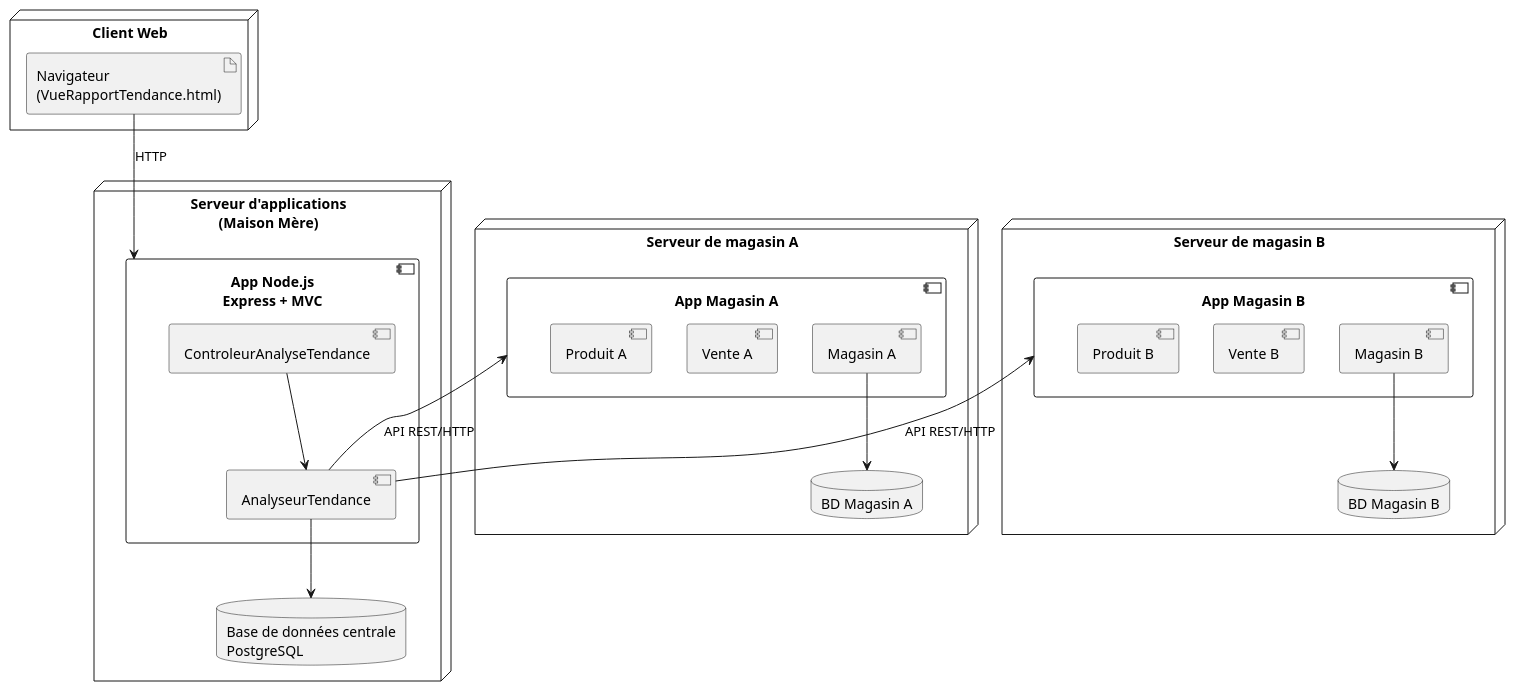
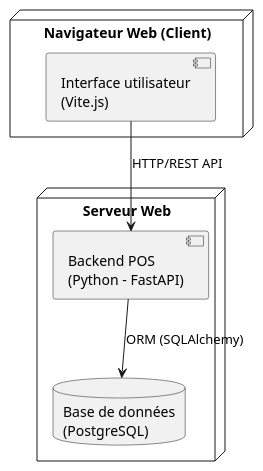
One commit to eusebe13/labo2_Log430 changed the diagram in docs/uml/code/diagramme-de-deployment.puml. Above: the diagram before and after it, drawn with PlantUML. The commit also changed 27 other files, not shown here.

```diff
--- a/docs/uml/code/diagramme-de-deployment.puml
+++ b/docs/uml/code/diagramme-de-deployment.puml
@@ -1,47 +1,15 @@
-@startuml
+@startuml deployment-pos
 
-node "Client Web" {
-    artifact "Navigateur\n(VueRapportTendance.html)"
+node "Navigateur Web (Client)" {
+  component "Interface utilisateur\n(Vite.js)"
 }
 
-node "Serveur d'applications\n(Maison Mère)" {
-    component "App Node.js\nExpress + MVC" {
-        [ControleurAnalyseTendance]
-        [AnalyseurTendance]
-    }
-
-    database "Base de données centrale\nPostgreSQL" as BDC
+node "Serveur Web" {
+  component "Backend POS\n(Python - FastAPI)"
+  database "Base de données\n(PostgreSQL)" as DB
 }
 
-node "Serveur de magasin A" {
-    component "App Magasin A" {
-        [Magasin A]
-        [Vente A]
-        [Produit A]
-    }
-
-    database "BD Magasin A" as BDA
-}
-
-node "Serveur de magasin B" {
-    component "App Magasin B" {
-        [Magasin B]
-        [Vente B]
-        [Produit B]
-    }
-
-    database "BD Magasin B" as BDB
-}
-
-' === Connexions réseau ===
-"Navigateur\n(VueRapportTendance.html)" --> "App Node.js\nExpress + MVC" : HTTP
-[ControleurAnalyseTendance] --> [AnalyseurTendance]
-[AnalyseurTendance] --> BDC
-
-' Synchronisation inter-magasins
-"App Magasin A" <-- [AnalyseurTendance] : API REST/HTTP
-"App Magasin B" <-- [AnalyseurTendance] : API REST/HTTP
-[Magasin A] --> BDA
-[Magasin B] --> BDB
+"Interface utilisateur\n(Vite.js)" --> "Backend POS\n(Python - FastAPI)" : HTTP/REST API
+"Backend POS\n(Python - FastAPI)" --> DB : ORM (SQLAlchemy)
 
 @enduml
```
